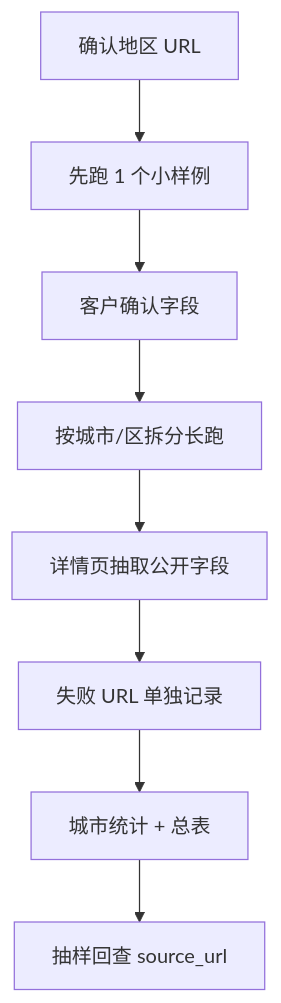
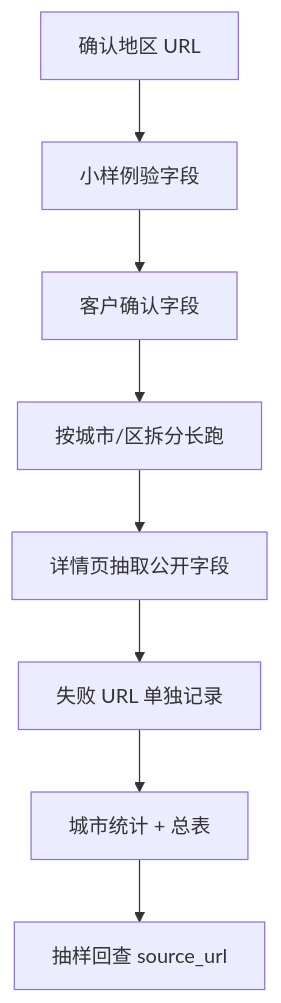
One commit to Ce-Legend/firmenabc-scraper-playbook changed the diagram in README.md. Above: the diagram before and after it, drawn with Mermaid. The commit also changed other lines of this file and 2 other files, not shown here.

````diff
--- a/README.md
+++ b/README.md
@@ -39,10 +39,10 @@
 ```mermaid
 graph TD
-  A["确认地区 URL"] --> B["先跑 1 个小样例"]
+  A["确认地区 URL"] --> B["小样例验字段"]
   B --> C["客户确认字段"]
   C --> D["按城市/区拆分长跑"]
   D --> E["详情页抽取公开字段"]
   E --> F["失败 URL 单独记录"]
   F --> G["城市统计 + 总表"]
   G --> H["抽样回查 source_url"]
 ```
````
